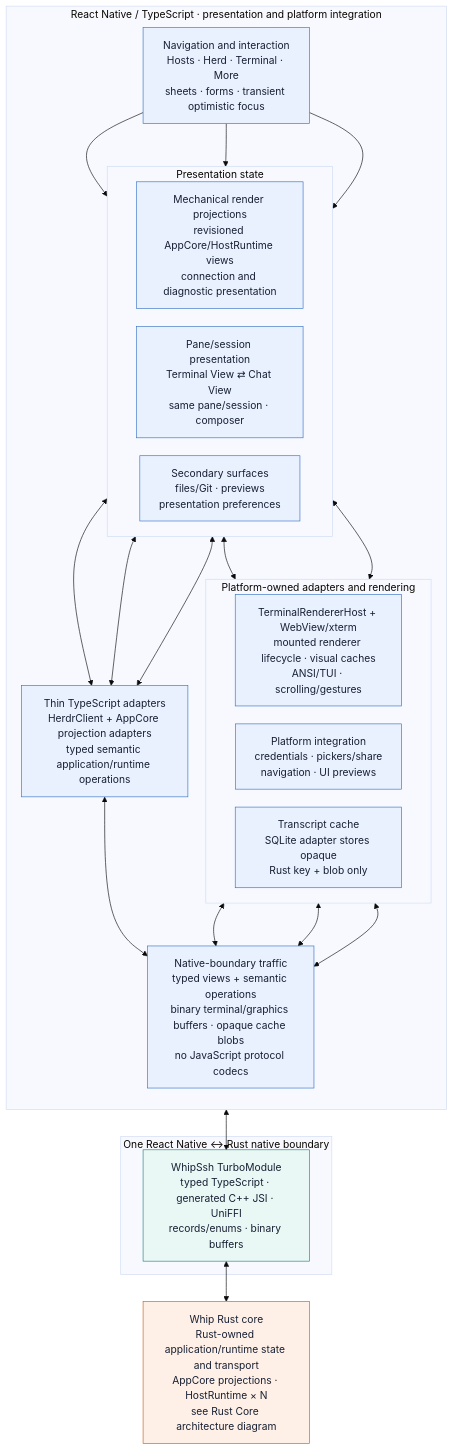
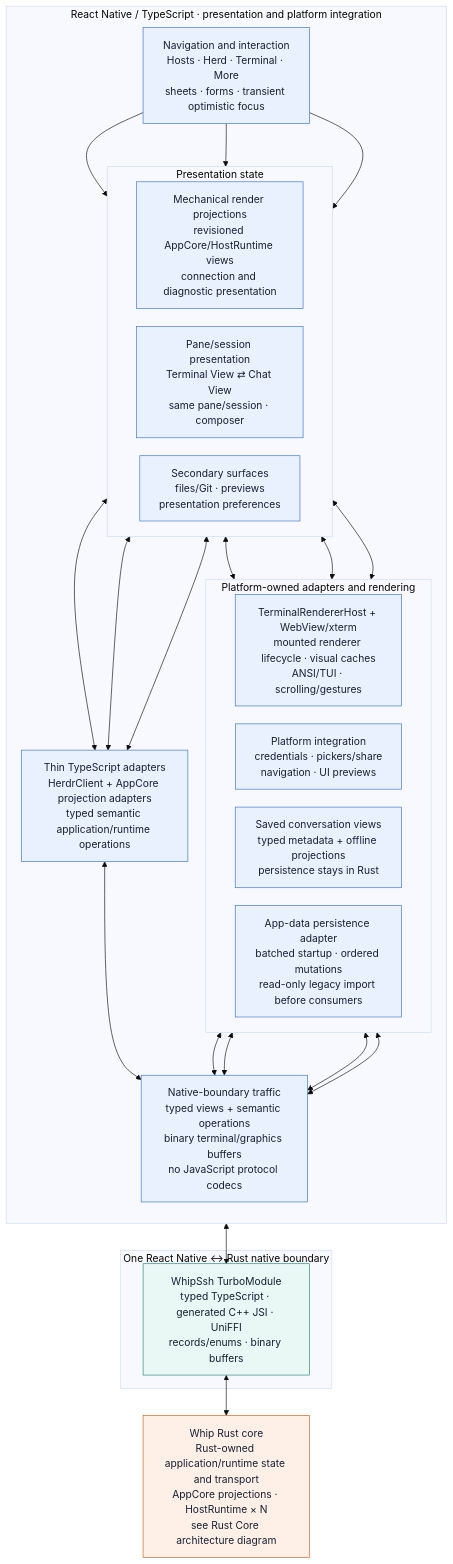
Before and after one commit to kosumic/whip: the diagram in docs/react-native-frontend-architecture.mmd, drawn with Mermaid. The commit also changed 108 other files, not shown here.

```diff
--- a/docs/react-native-frontend-architecture.mmd
+++ b/docs/react-native-frontend-architecture.mmd
@@ -1,52 +1,55 @@
 %%{init: {"theme":"base","flowchart":{"curve":"basis","htmlLabels":true,"nodeSpacing":28,"rankSpacing":42}}}%%
 flowchart TB
   subgraph UI["React Native / TypeScript · presentation and platform integration"]
     direction TB
     Navigation["Navigation and interaction<br/>Hosts · Herd · Terminal · More<br/>sheets · forms · transient optimistic focus"]
 
     subgraph Presentation["Presentation state"]
       direction LR
       Projections["Mechanical render projections<br/>revisioned AppCore/HostRuntime views<br/>connection and diagnostic presentation"]
       SessionViews["Pane/session presentation<br/>Terminal View ⇄ Chat View<br/>same pane/session · composer"]
       Secondary["Secondary surfaces<br/>files/Git · previews<br/>presentation preferences"]
     end
 
     subgraph Platform["Platform-owned adapters and rendering"]
       direction LR
       Renderer["TerminalRendererHost + WebView/xterm<br/>mounted renderer lifecycle · visual caches<br/>ANSI/TUI · scrolling/gestures"]
       Device["Platform integration<br/>credentials · pickers/share<br/>navigation · UI previews"]
-      Cache["Transcript cache<br/>SQLite adapter stores opaque<br/>Rust key + blob only"]
+      Cache["Saved conversation views<br/>typed metadata + offline projections<br/>persistence stays in Rust"]
+      Storage["App-data persistence adapter<br/>batched startup · ordered mutations<br/>read-only legacy import before consumers"]
     end
 
     Adapters["Thin TypeScript adapters<br/>HerdrClient + AppCore projection adapters<br/>typed semantic application/runtime operations"]
-    NativeCalls["Native-boundary traffic<br/>typed views + semantic operations<br/>binary terminal/graphics buffers · opaque cache blobs<br/>no JavaScript protocol codecs"]
+    NativeCalls["Native-boundary traffic<br/>typed views + semantic operations<br/>binary terminal/graphics buffers<br/>no JavaScript protocol codecs"]
 
     Navigation --> Projections
     Navigation --> SessionViews
     Navigation --> Secondary
     Projections <--> Adapters
     SessionViews <--> Adapters
     Secondary <--> Adapters
     SessionViews <--> Renderer
     Secondary <--> Device
     Adapters <--> NativeCalls
     Renderer <--> NativeCalls
     Device <--> NativeCalls
     Cache <--> NativeCalls
+    Secondary <--> Storage
+    Storage <--> NativeCalls
   end
 
   subgraph Boundary["One React Native ↔ Rust native boundary"]
     Module["WhipSsh TurboModule<br/>typed TypeScript · generated C++ JSI · UniFFI<br/>records/enums · binary buffers"]
   end
 
   Rust["Whip Rust core<br/>Rust-owned application/runtime state and transport<br/>AppCore projections · HostRuntime × N<br/>see Rust Core architecture diagram"]
 
   NativeCalls <--> Module
   Module <--> Rust
 
   classDef react fill:#e9f1ff,stroke:#3772c5,color:#172033
   classDef native fill:#e9f7f5,stroke:#23847a,color:#172033
   classDef rust fill:#fff0e7,stroke:#c45f24,color:#172033
-  class Navigation,Projections,SessionViews,Secondary,Renderer,Device,Cache,Adapters,NativeCalls react
+  class Navigation,Projections,SessionViews,Secondary,Renderer,Device,Cache,Storage,Adapters,NativeCalls react
   class Module native
   class Rust rust
```
